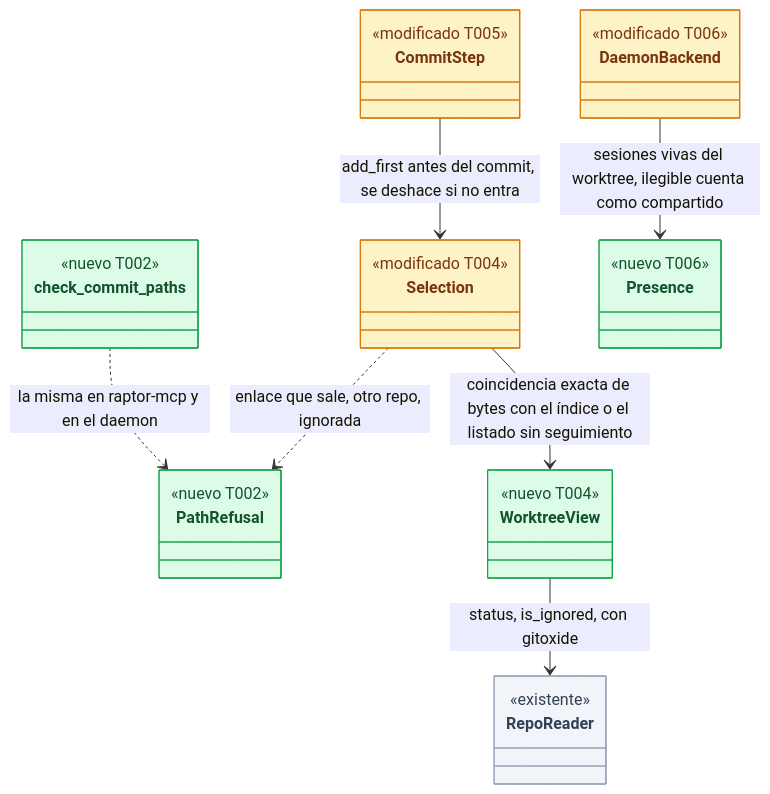
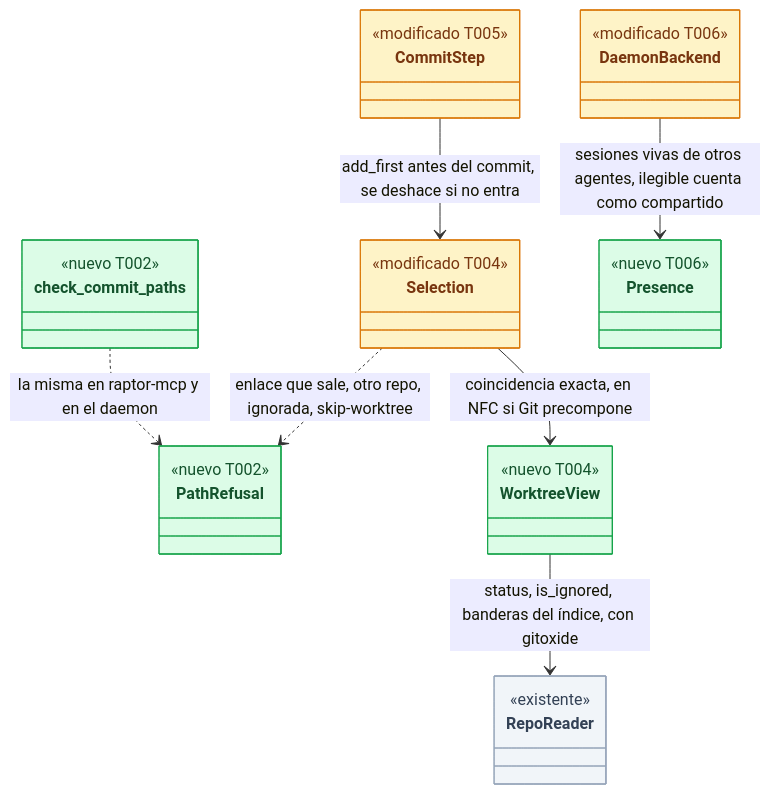
The first of 3 diagrams in docs/requirements/features/mcp/dev-specs/US-MCP-010-dev-spec.md (rbonillajr/gitRaptor), drawn with Mermaid before and after one commit. The commit also changed other lines of this file and 1 other file, not shown here.

Commit message:
docs(mcp): apply the Architect and PO validation to DS-US-MCP-009 and DS-US-MCP-010

````diff
--- a/docs/requirements/features/mcp/dev-specs/US-MCP-010-dev-spec.md
+++ b/docs/requirements/features/mcp/dev-specs/US-MCP-010-dev-spec.md
@@ -116,20 +117,20 @@
 ```mermaid
 classDiagram
     class PathRefusal:::nuevo { <<nuevo T002>> }
     class check_commit_paths:::nuevo { <<nuevo T002>> }
     class Selection:::modificado { <<modificado T004>> }
     class WorktreeView:::nuevo { <<nuevo T004>> }
     class CommitStep:::modificado { <<modificado T005>> }
     class Presence:::nuevo { <<nuevo T006>> }
     class DaemonBackend:::modificado { <<modificado T006>> }
     class RepoReader:::existente { <<existente>> }
     check_commit_paths ..> PathRefusal : la misma en raptor-mcp y en el daemon
-    Selection --> WorktreeView : coincidencia exacta de bytes con el índice o el listado sin seguimiento
-    WorktreeView --> RepoReader : status, is_ignored, con gitoxide
-    Selection ..> PathRefusal : enlace que sale, otro repo, ignorada
+    Selection --> WorktreeView : coincidencia exacta, en NFC si Git precompone
+    WorktreeView --> RepoReader : status, is_ignored, banderas del índice, con gitoxide
+    Selection ..> PathRefusal : enlace que sale, otro repo, ignorada, skip-worktree
     CommitStep --> Selection : add_first antes del commit, se deshace si no entra
-    DaemonBackend --> Presence : sesiones vivas del worktree, ilegible cuenta como compartido
+    DaemonBackend --> Presence : sesiones vivas de otros agentes, ilegible cuenta como compartido
     classDef nuevo fill:#dcfce7,stroke:#16a34a,color:#14532d
     classDef modificado fill:#fef3c7,stroke:#d97706,color:#78350f
     classDef existente fill:#f1f5f9,stroke:#94a3b8,color:#334155
 ```
````
